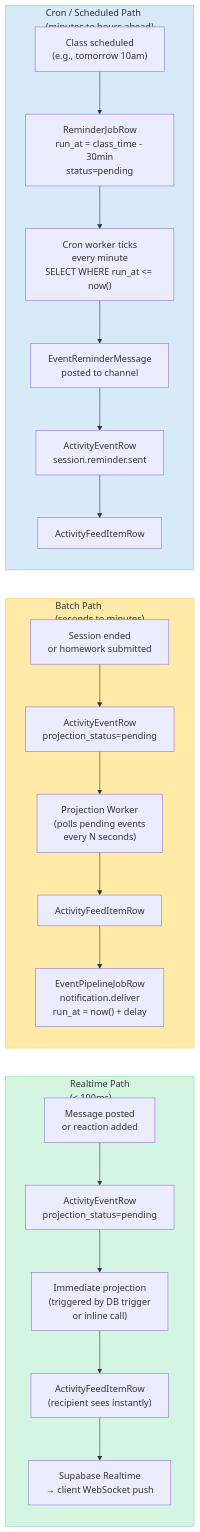
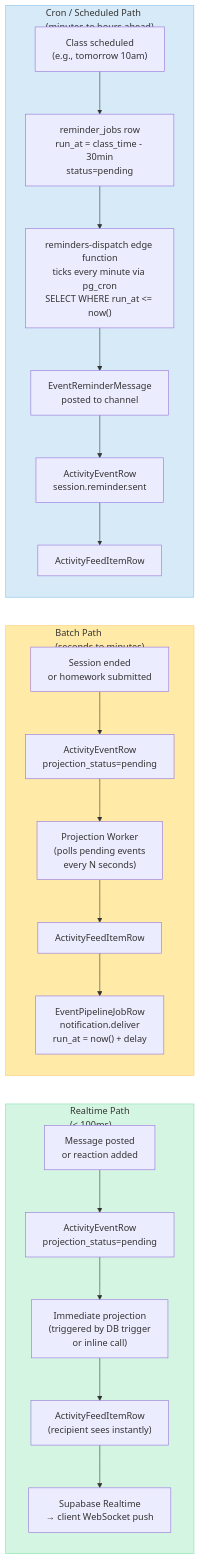
Before and after one commit to heidisoft/iconicedu-monorepo: diagram 26 of 31 in docs/architecture/feature-diagrams.md, drawn with Mermaid. The commit also changed other lines of this file and 27 other files, not shown here.

````diff
--- a/docs/architecture/feature-diagrams.md
+++ b/docs/architecture/feature-diagrams.md
@@ -1370,37 +1403,37 @@
 ```mermaid
 flowchart LR
     subgraph RT["Realtime Path\n(< 100ms)"]
         MSG_POST["Message posted\nor reaction added"]
         RT_EVENT["ActivityEventRow\nprojection_status=pending"]
         RT_PROJECT["Immediate projection\n(triggered by DB trigger\nor inline call)"]
         RT_FEED["ActivityFeedItemRow\n(recipient sees instantly)"]
         RT_PUSH["Supabase Realtime\n→ client WebSocket push"]
 
         MSG_POST --> RT_EVENT --> RT_PROJECT --> RT_FEED --> RT_PUSH
     end
 
     subgraph BATCH["Batch Path\n(seconds to minutes)"]
         SESSION_END2["Session ended\nor homework submitted"]
         BATCH_EVENT["ActivityEventRow\nprojection_status=pending"]
         BATCH_WORKER["Projection Worker\n(polls pending events\nevery N seconds)"]
         BATCH_FEED["ActivityFeedItemRow"]
         BATCH_NOTIF["EventPipelineJobRow\nnotification.deliver\nrun_at = now() + delay"]
 
         SESSION_END2 --> BATCH_EVENT --> BATCH_WORKER --> BATCH_FEED --> BATCH_NOTIF
     end
 
     subgraph CRON["Cron / Scheduled Path\n(minutes to hours ahead)"]
         SCHED_CLASS["Class scheduled\n(e.g., tomorrow 10am)"]
-        REMINDER_JOB["ReminderJobRow\nrun_at = class_time - 30min\nstatus=pending"]
-        CRON_TICK["Cron worker ticks\nevery minute\nSELECT WHERE run_at <= now()"]
+        REMINDER_JOB["reminder_jobs row\nrun_at = class_time - 30min\nstatus=pending"]
+        CRON_TICK["reminders-dispatch edge function\nticks every minute via pg_cron\nSELECT WHERE run_at <= now()"]
         REMINDER_MSG["EventReminderMessage\nposted to channel"]
         CRON_EVENT["ActivityEventRow\nsession.reminder.sent"]
         CRON_FEED["ActivityFeedItemRow"]
 
         SCHED_CLASS --> REMINDER_JOB --> CRON_TICK --> REMINDER_MSG --> CRON_EVENT --> CRON_FEED
     end
 
     style RT fill:#d5f5e3,stroke:#82e0aa
     style BATCH fill:#ffeaa7,stroke:#fdcb6e
     style CRON fill:#d6eaf8,stroke:#85c1e9
 ```
````
